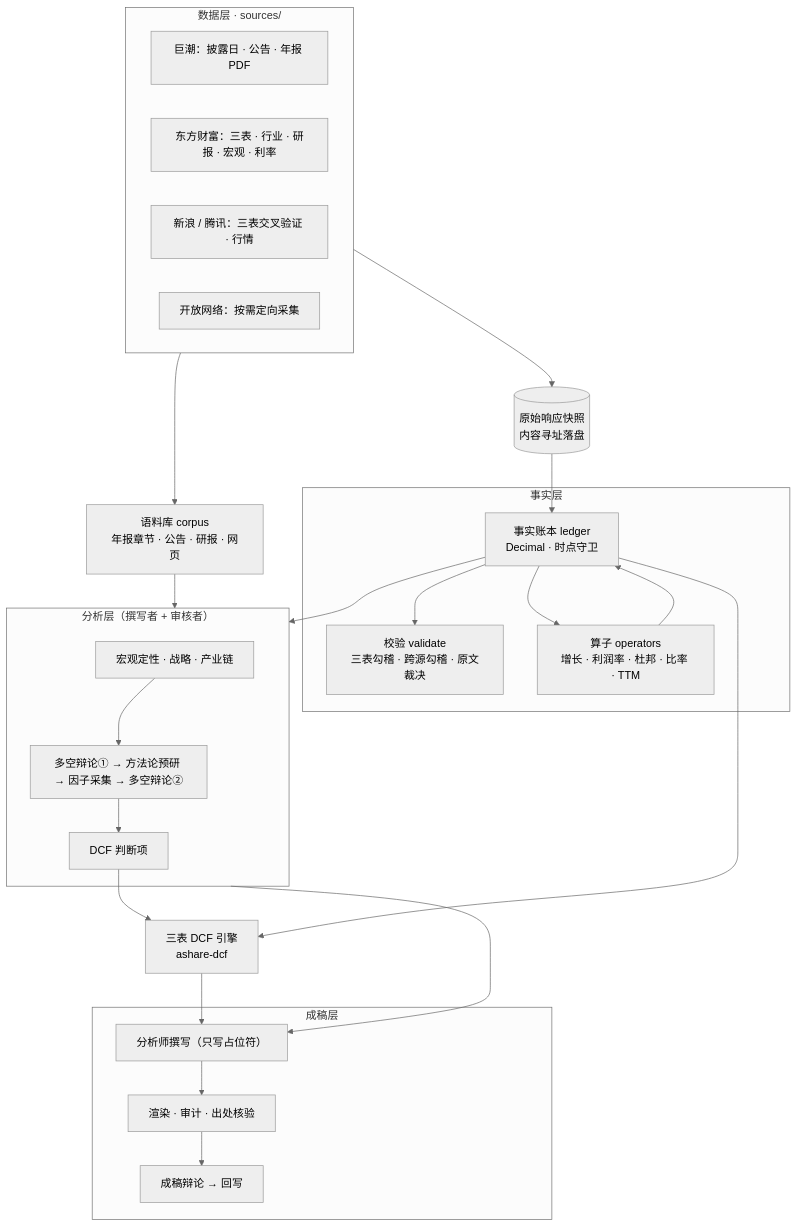
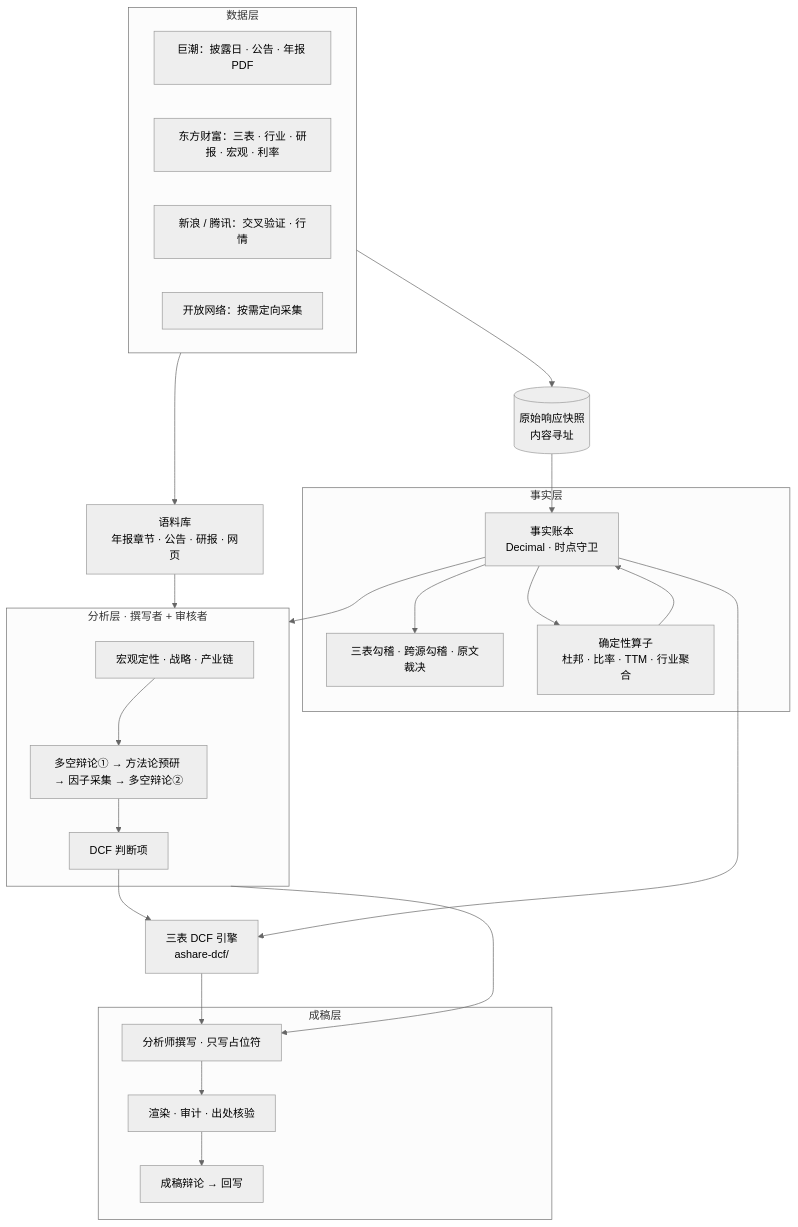
Before and after one commit to 928460495/ir-agent: the first of 3 diagrams in README.md, drawn with Mermaid (neutral theme). The commit also changed other lines of this file and 36 other files, not shown here.

````diff
--- a/README.md
+++ b/README.md
@@ -33,38 +35,37 @@
 ```mermaid
 flowchart TB
-    subgraph S["数据层 · sources/"]
+    subgraph S["数据层"]
         S1["巨潮：披露日 · 公告 · 年报 PDF"]
         S2["东方财富：三表 · 行业 · 研报 · 宏观 · 利率"]
-        S3["新浪 / 腾讯：三表交叉验证 · 行情"]
+        S3["新浪 / 腾讯：交叉验证 · 行情"]
         S4["开放网络：按需定向采集"]
     end
-    SNAP[("原始响应快照<br/>内容寻址落盘")]
+    SNAP[("原始响应快照<br/>内容寻址")]
     subgraph F["事实层"]
-        L["事实账本 ledger<br/>Decimal · 时点守卫"]
-        V["校验 validate<br/>三表勾稽 · 跨源勾稽 · 原文裁决"]
-        O["算子 operators<br/>增长 · 利润率 · 杜邦 · 比率 · TTM"]
+        L["事实账本<br/>Decimal · 时点守卫"]
+        V["三表勾稽 · 跨源勾稽 · 原文裁决"]
+        O["确定性算子<br/>杜邦 · 比率 · TTM · 行业聚合"]
     end
-    C["语料库 corpus<br/>年报章节 · 公告 · 研报 · 网页"]
-    subgraph A["分析层（撰写者 + 审核者）"]
+    C["语料库<br/>年报章节 · 公告 · 研报 · 网页"]
+    subgraph A["分析层 · 撰写者 + 审核者"]
         A1["宏观定性 · 战略 · 产业链"]
         A2["多空辩论① → 方法论预研 → 因子采集 → 多空辩论②"]
         A3["DCF 判断项"]
     end
-    DCF["三表 DCF 引擎<br/>ashare-dcf"]
+    DCF["三表 DCF 引擎<br/>ashare-dcf/"]
     subgraph R["成稿层"]
-        R1["分析师撰写（只写占位符）"]
+        R1["分析师撰写 · 只写占位符"]
         R2["渲染 · 审计 · 出处核验"]
         R3["成稿辩论 → 回写"]
     end
-
     S --> SNAP --> L
     L --> V
     L --> O --> L
     S --> C
     L --> A
     C --> A
     A1 --> A2 --> A3 --> DCF
     L --> DCF
     A --> R1 --> R2 --> R3
     DCF --> R1
 ```
````
